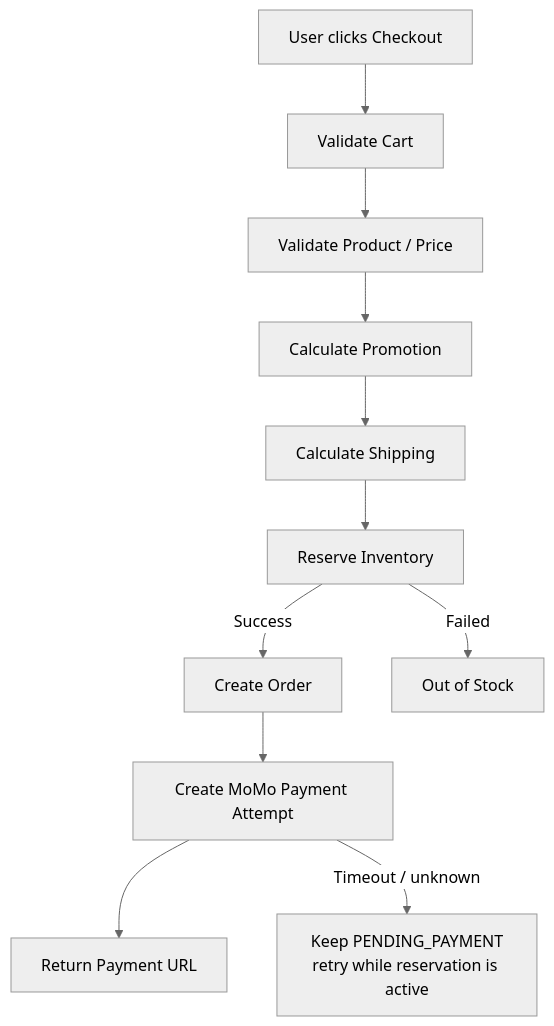
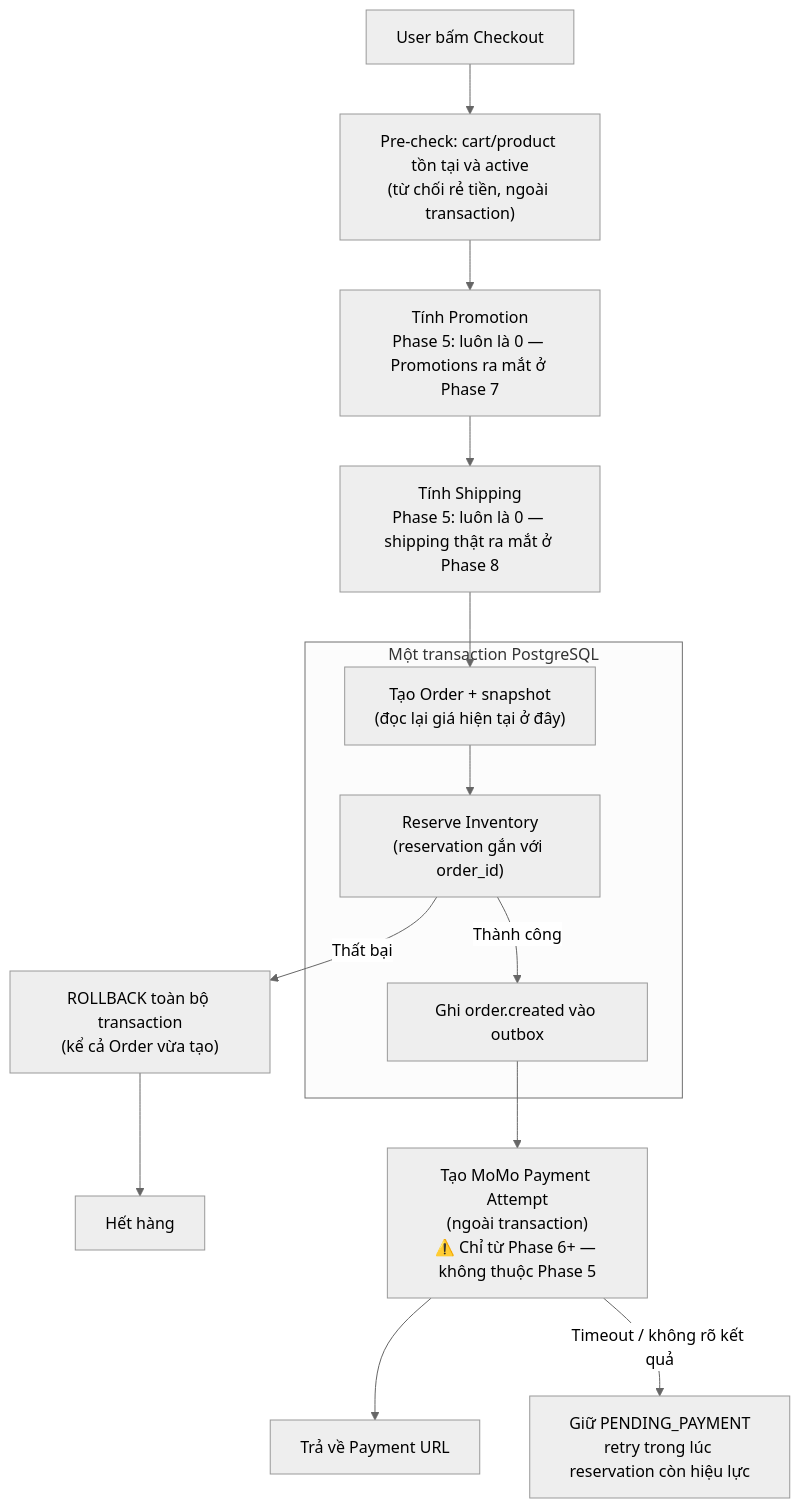
One commit to LuongCongThanh/be-demo changed the sixth of 16 diagrams in doc/ecommerce-backend-architecture-system-design-2.md. Above: the diagram before and after it, drawn with Mermaid (neutral theme). The commit also changed other lines of this file and 9 other files, not shown here.

First line of the commit message:
docs: sharpen Checkout/Payment design, translate to Vietnamese, add ADRs 0006-0009

````diff
--- a/doc/ecommerce-backend-architecture-system-design-2.md
+++ b/doc/ecommerce-backend-architecture-system-design-2.md
@@ -542,27 +512,32 @@
 ```mermaid
 flowchart TD
-    Start["User clicks Checkout"]
+    Start["User bấm Checkout"]
 
-    ValidateCart["Validate Cart"]
-    ValidateProduct["Validate Product / Price"]
-    Promotion["Calculate Promotion"]
-    Shipping["Calculate Shipping"]
-    Inventory["Reserve Inventory"]
-    CreateOrder["Create Order"]
-    Payment["Create MoMo Payment Attempt"]
-    Result["Return Payment URL"]
-    Pending["Keep PENDING_PAYMENT<br/>retry while reservation is active"]
+    ValidateCart["Pre-check: cart/product tồn tại và active<br/>(từ chối rẻ tiền, ngoài transaction)"]
+    Promotion["Tính Promotion<br/>Phase 5: luôn là 0 — Promotions ra mắt ở Phase 7"]
+    Shipping["Tính Shipping<br/>Phase 5: luôn là 0 — shipping thật ra mắt ở Phase 8"]
+
+    subgraph Tx["Một transaction PostgreSQL"]
+        CreateOrder["Tạo Order + snapshot<br/>(đọc lại giá hiện tại ở đây)"]
+        Inventory["Reserve Inventory<br/>(reservation gắn với order_id)"]
+        Outbox["Ghi order.created vào outbox"]
+    end
+
+    CreateOrder --> Inventory
+    Inventory -->|Thành công| Outbox
+    Inventory -->|Thất bại| Rollback["ROLLBACK toàn bộ transaction<br/>(kể cả Order vừa tạo)"]
+    Rollback --> Error["Hết hàng"]
+
+    Payment["Tạo MoMo Payment Attempt<br/>(ngoài transaction)<br/>⚠️ Chỉ từ Phase 6+ — không thuộc Phase 5"]
+    Result["Trả về Payment URL"]
+    Pending["Giữ PENDING_PAYMENT<br/>retry trong lúc reservation còn hiệu lực"]
 
     Start --> ValidateCart
-    ValidateCart --> ValidateProduct
-    ValidateProduct --> Promotion
+    ValidateCart --> Promotion
     Promotion --> Shipping
-    Shipping --> Inventory
+    Shipping --> CreateOrder
 
-    Inventory -->|Success| CreateOrder
-    Inventory -->|Failed| Error["Out of Stock"]
-
-    CreateOrder --> Payment
+    Outbox --> Payment
     Payment --> Result
-    Payment -->|Timeout / unknown| Pending
+    Payment -->|Timeout / không rõ kết quả| Pending
 ```
````
